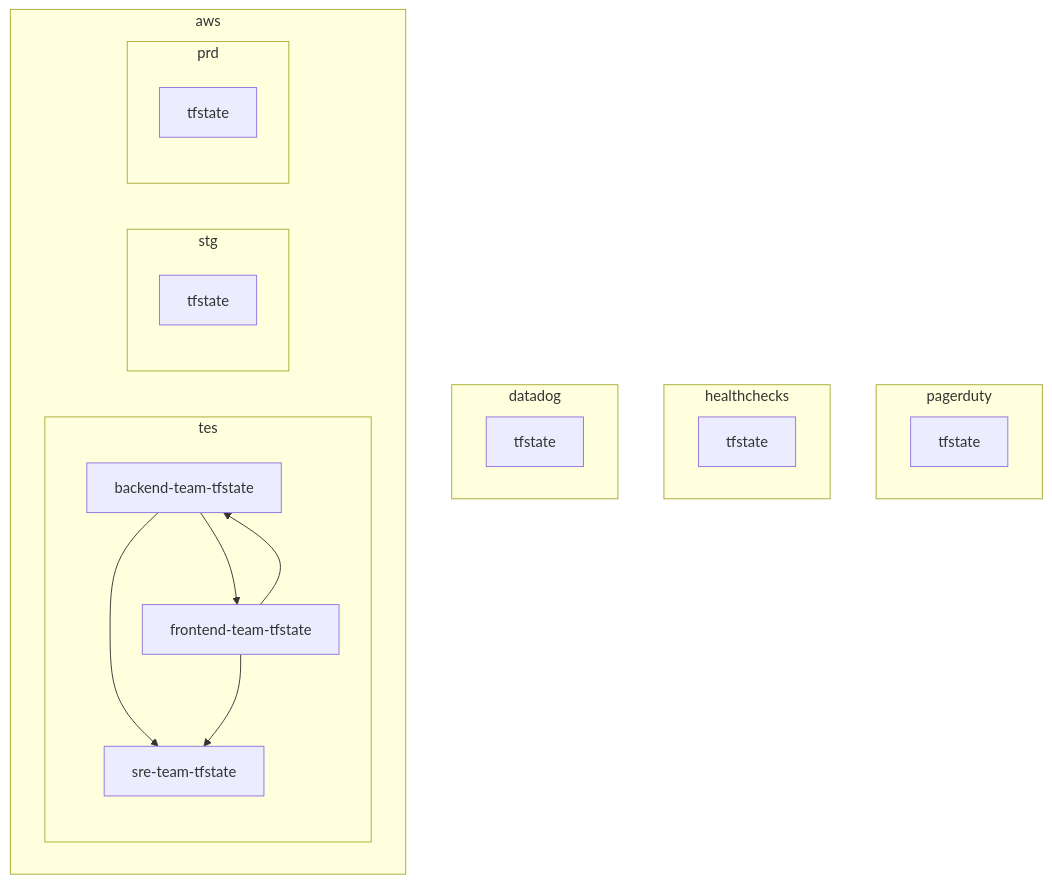
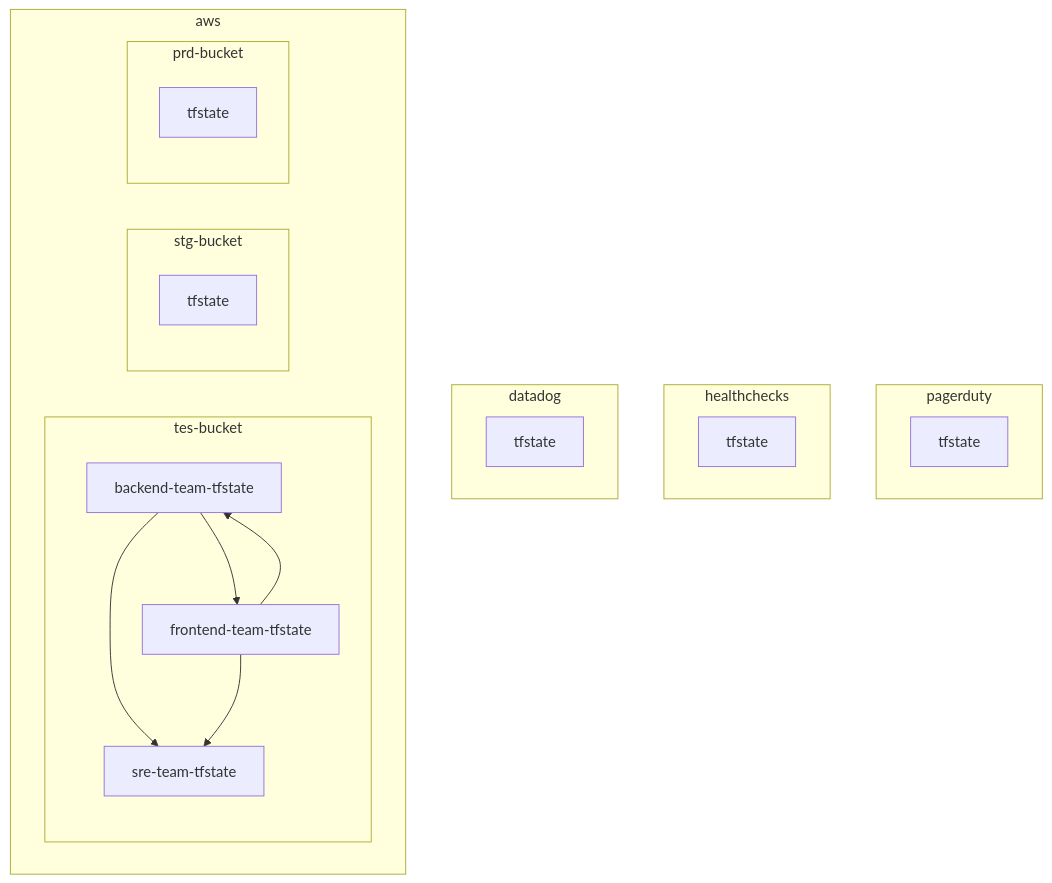
Before and after one commit to hiroki-it/tech-notebook: the fourth of 7 diagrams in docs/infrastructure_as_code/infrastructure_as_code_terraform_policy_tfstate.md, drawn with Mermaid. The commit also changed other lines of this file and 2 other files, not shown here.

````diff
--- a/docs/infrastructure_as_code/infrastructure_as_code_terraform_policy_tfstate.md
+++ b/docs/infrastructure_as_code/infrastructure_as_code_terraform_policy_tfstate.md
@@ -561,26 +558,26 @@
 ```mermaid
 graph TB
     subgraph pagerduty
-    Pagerduty[tfstate]
+        Pagerduty[tfstate]
     end
     subgraph healthchecks
-    Healthchecks[tfstate]
+        Healthchecks[tfstate]
     end
     subgraph datadog
-    Datadog[tfstate]
+        Datadog[tfstate]
     end
     subgraph aws
-    subgraph tes
-    A[backend-team-tfstate]-->B
-    B[frontend-team-tfstate]-->A
-    A-->C[sre-team-tfstate]
-    B-->C[sre-team-tfstate]
+        subgraph tes-bucket
+            Backend[backend-team-tfstate]-->Frontend
+            Frontend[frontend-team-tfstate]-->Backend
+            Backend-->Sre[sre-team-tfstate]
+            Frontend-->Sre[sre-team-tfstate]
+        end
+    subgraph stg-bucket
+        Stg[tfstate]
     end
-    subgraph stg
-    D[tfstate]
-    end
-    subgraph prd
-    e[tfstate]
+    subgraph prd-bucket
+        Prd[tfstate]
     end
     end
 ```
````
